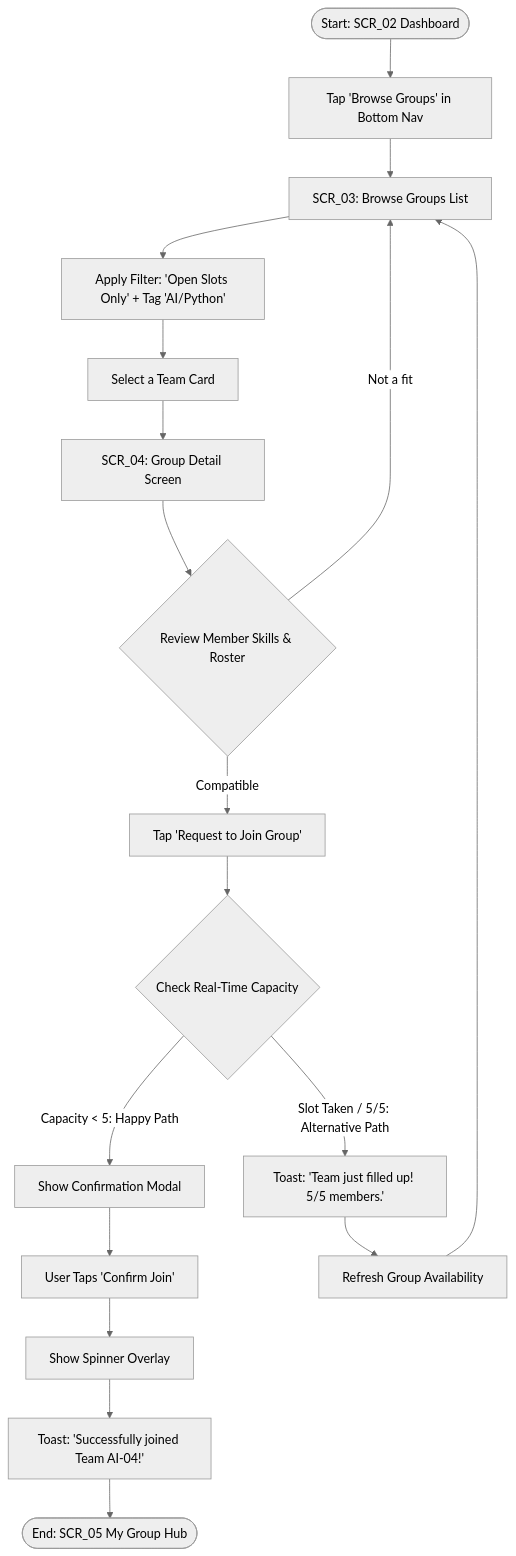
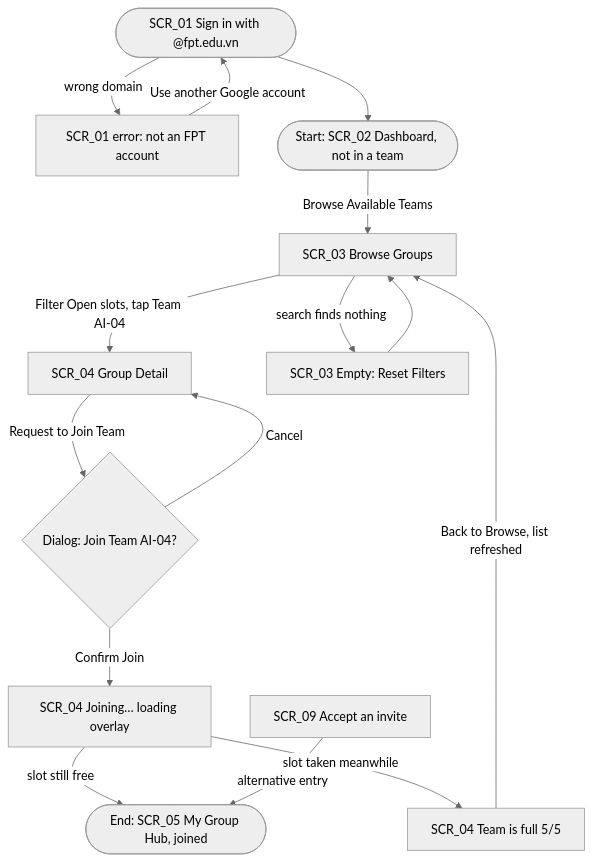
The first of 3 diagrams in ux/user-flow.md (DEVORGANIZE222/PRM323_LAB2_uiuxdesign), drawn with Mermaid (neutral theme) before and after one commit. The commit also changed other lines of this file, not shown here.

Commit message:
Put every screen in a flow and match the Figma flows

````diff
--- a/ux/user-flow.md
+++ b/ux/user-flow.md
@@ -43,22 +51,17 @@
 ```mermaid
 graph TD
-    Start([Start: SCR_02 Dashboard]) --> TapBrowse[Tap 'Browse Groups' in Bottom Nav]
-    TapBrowse --> SCR_03[SCR_03: Browse Groups List]
-    SCR_03 --> Filter[Apply Filter: 'Open Slots Only' + Tag 'AI/Python']
-    Filter --> SelectGroup[Select a Team Card]
-    SelectGroup --> SCR_04[SCR_04: Group Detail Screen]
-    SCR_04 --> ReviewMembers{Review Member Skills & Roster}
-    ReviewMembers -->|Compatible| TapJoin[Tap 'Request to Join Group']
-    ReviewMembers -->|Not a fit| SCR_03
-    
-    TapJoin --> CheckSlots{Check Real-Time Capacity}
-    CheckSlots -->|Capacity < 5: Happy Path| ShowConfirm[Show Confirmation Modal]
-    ShowConfirm --> ConfirmTap[User Taps 'Confirm Join']
-    ConfirmTap --> Loading[Show Spinner Overlay]
-    Loading --> JoinedSuccess[Toast: 'Successfully joined Team AI-04!']
-    JoinedSuccess --> SCR_05([End: SCR_05 My Group Hub])
-
-    CheckSlots -->|Slot Taken / 5/5: Alternative Path| ErrorFull[Toast: 'Team just filled up! 5/5 members.']
-    ErrorFull --> RefreshList[Refresh Group Availability]
-    RefreshList --> SCR_03
+    S1([SCR_01 Sign in with @fpt.edu.vn]) -->|wrong domain| E0[SCR_01 error: not an FPT account]
+    E0 -->|Use another Google account| S1
+    S1 --> Start([Start: SCR_02 Dashboard, not in a team])
+    Start -->|Browse Available Teams| B[SCR_03 Browse Groups]
+    B -->|Filter Open slots, tap Team AI-04| D[SCR_04 Group Detail]
+    B -->|search finds nothing| Empty[SCR_03 Empty: Reset Filters]
+    Empty --> B
+    D -->|Request to Join Team| Dlg{Dialog: Join Team AI-04?}
+    Dlg -->|Cancel| D
+    Dlg -->|Confirm Join| L[SCR_04 Joining… loading overlay]
+    L -->|slot still free| End([End: SCR_05 My Group Hub, joined])
+    L -->|slot taken meanwhile| Full[SCR_04 Team is full 5/5]
+    Full -->|Back to Browse, list refreshed| B
+    Inv[SCR_09 Accept an invite] -->|alternative entry| End
 ```
````
